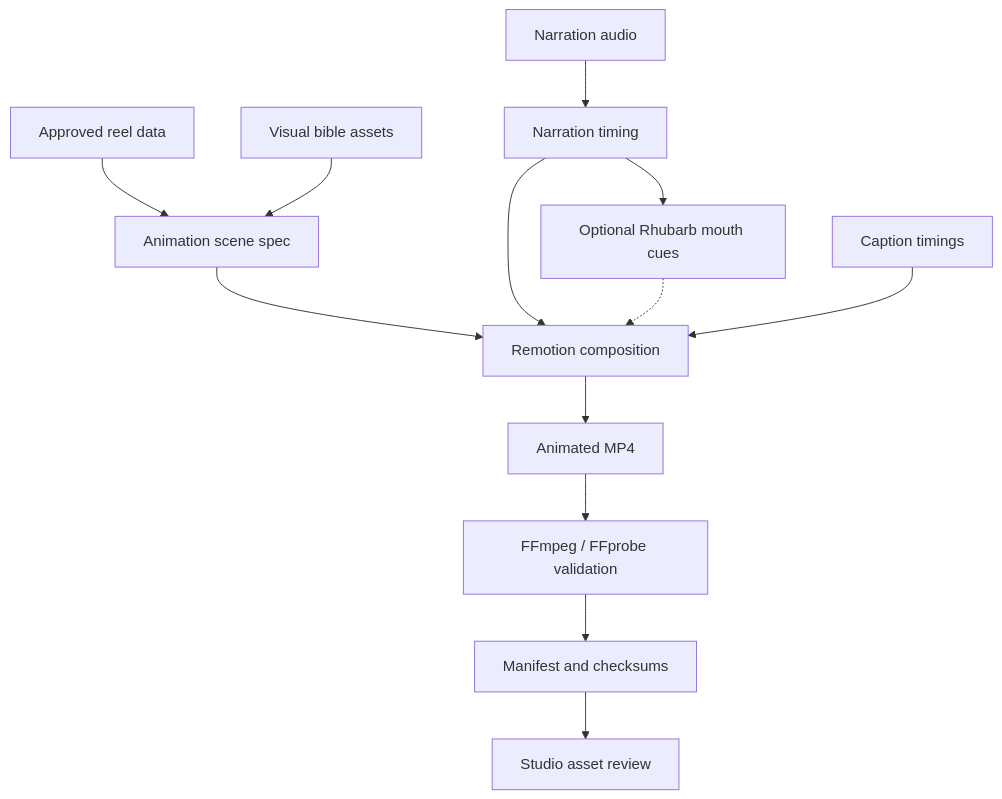
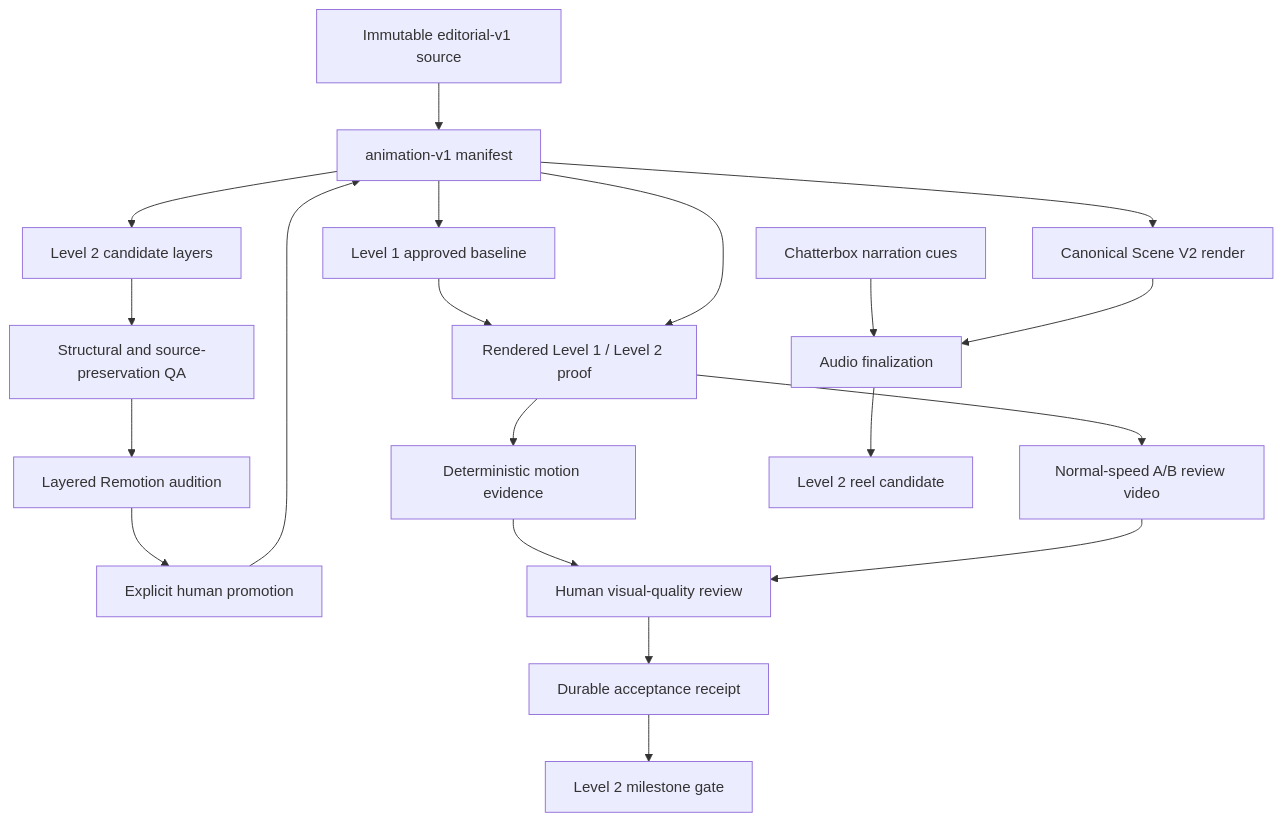
The diagram in documentation/diagrams/animation-pipeline.mmd (JeffreySanford/sumer-reel-forge), drawn with Mermaid before and after one commit. The commit also changed 6 other files, not shown here.

```diff
--- a/documentation/diagrams/animation-pipeline.mmd
+++ b/documentation/diagrams/animation-pipeline.mmd
@@ -1,13 +1,22 @@
 flowchart TD
-  Reel[Approved reel data] --> Scene[Animation scene spec]
-  VisualBible[Visual bible assets] --> Scene
-  Narration[Narration audio] --> Timing[Narration timing]
-  Timing --> LipSync[Optional Rhubarb mouth cues]
-  Scene --> Remotion[Remotion composition]
-  Timing --> Remotion
-  LipSync -.-> Remotion
-  Captions[Caption timings] --> Remotion
-  Remotion --> Video[Animated MP4]
-  Video --> Validate[FFmpeg / FFprobe validation]
-  Validate --> Manifest[Manifest and checksums]
-  Manifest --> Review[Studio asset review]
+  Editorial[Immutable editorial-v1 source] --> Manifest[animation-v1 manifest]
+  Manifest --> L1[Level 1 approved baseline]
+  Manifest --> Candidates[Level 2 candidate layers]
+  Candidates --> QA[Structural and source-preservation QA]
+  QA --> Audition[Layered Remotion audition]
+  Audition --> Promotion[Explicit human promotion]
+  Promotion --> Manifest
+
+  L1 --> Proof[Rendered Level 1 / Level 2 proof]
+  Manifest --> Proof
+  Proof --> Evidence[Deterministic motion evidence]
+  Proof --> AB[Normal-speed A/B review video]
+  Evidence --> HumanGate[Human visual-quality review]
+  AB --> HumanGate
+  HumanGate --> Receipt[Durable acceptance receipt]
+  Receipt --> Milestone[Level 2 milestone gate]
+
+  Manifest --> Canonical[Canonical Scene V2 render]
+  Narration[Chatterbox narration cues] --> Finalize[Audio finalization]
+  Canonical --> Finalize
+  Finalize --> Reel[Level 2 reel candidate]
```
